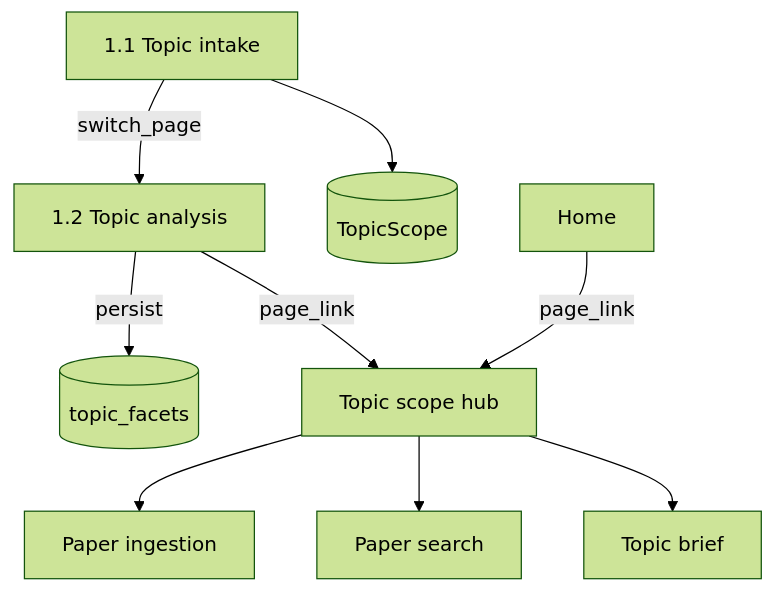
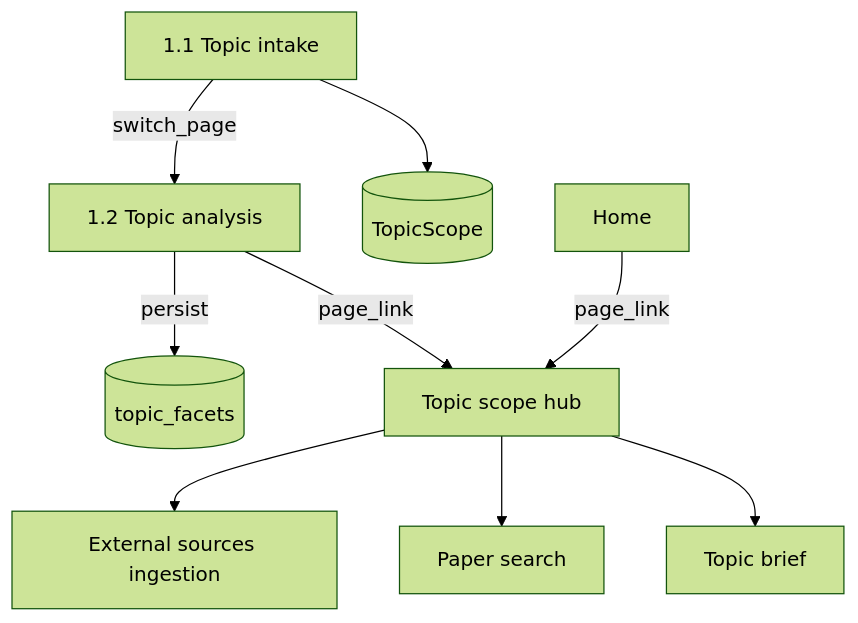
Before and after one commit to GustavoRusso/paper-reviewer: the diagram in docs/specs/1.2-topic-analysis.md, drawn with Mermaid (forest theme). The commit also changed other lines of this file and 27 other files, not shown here.

````diff
--- a/docs/specs/1.2-topic-analysis.md
+++ b/docs/specs/1.2-topic-analysis.md
@@ -50,20 +50,20 @@
 ```mermaid
 flowchart TB
   home[Home]
   intake[1.1 Topic intake]
   scope[(TopicScope)]
   analyze[1.2 Topic analysis]
   facets[(topic_facets)]
   hub[Topic scope hub]
-  ingest[Paper ingestion]
+  ingest[External sources ingestion]
   paperSearch[Paper search]
   topicBrief[Topic brief]
   home -->|page_link| hub
   intake -->|switch_page| analyze
   intake --> scope
   analyze -->|persist| facets
   analyze -->|page_link| hub
   hub --> ingest
   hub --> paperSearch
   hub --> topicBrief
 ```
````
